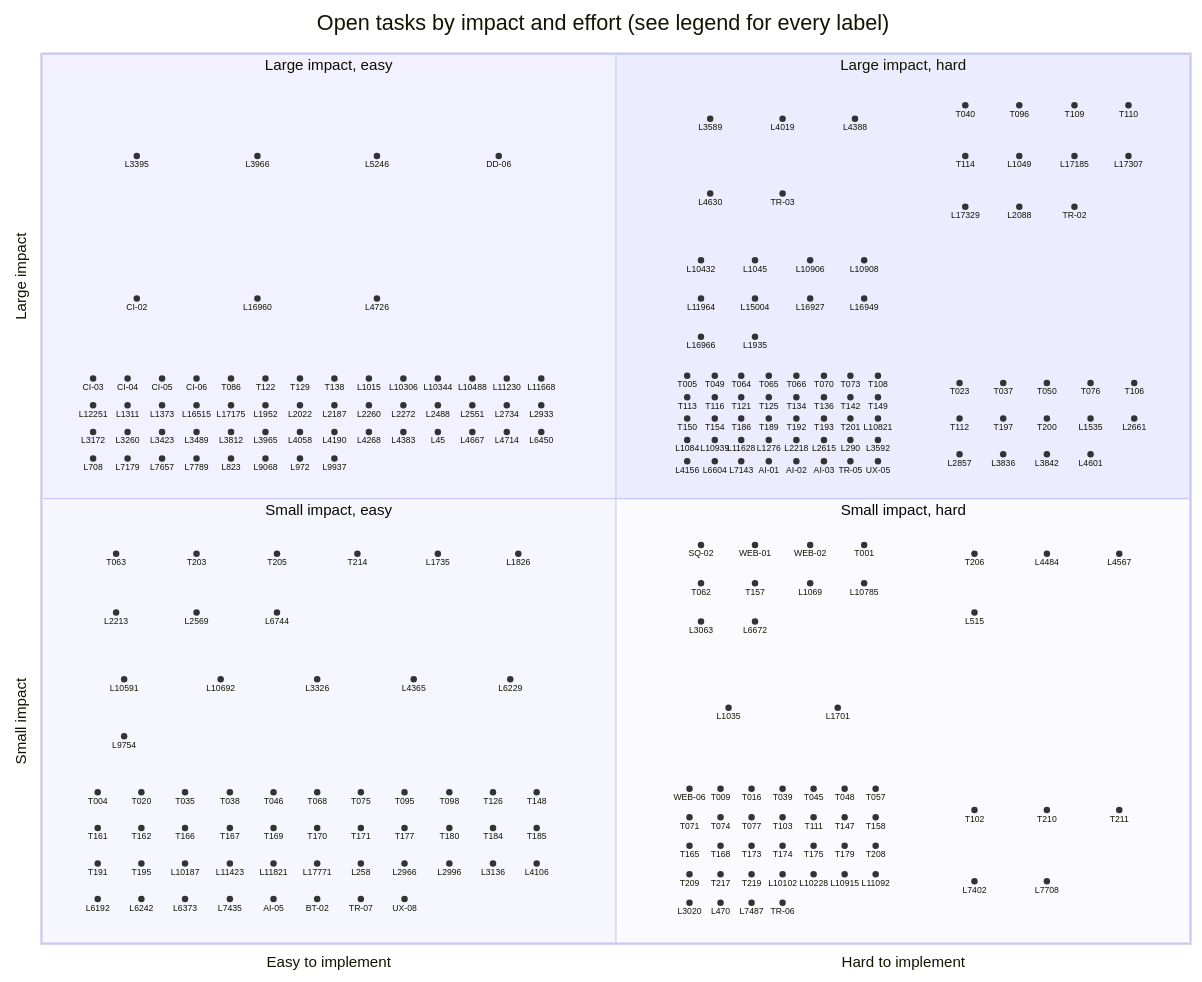
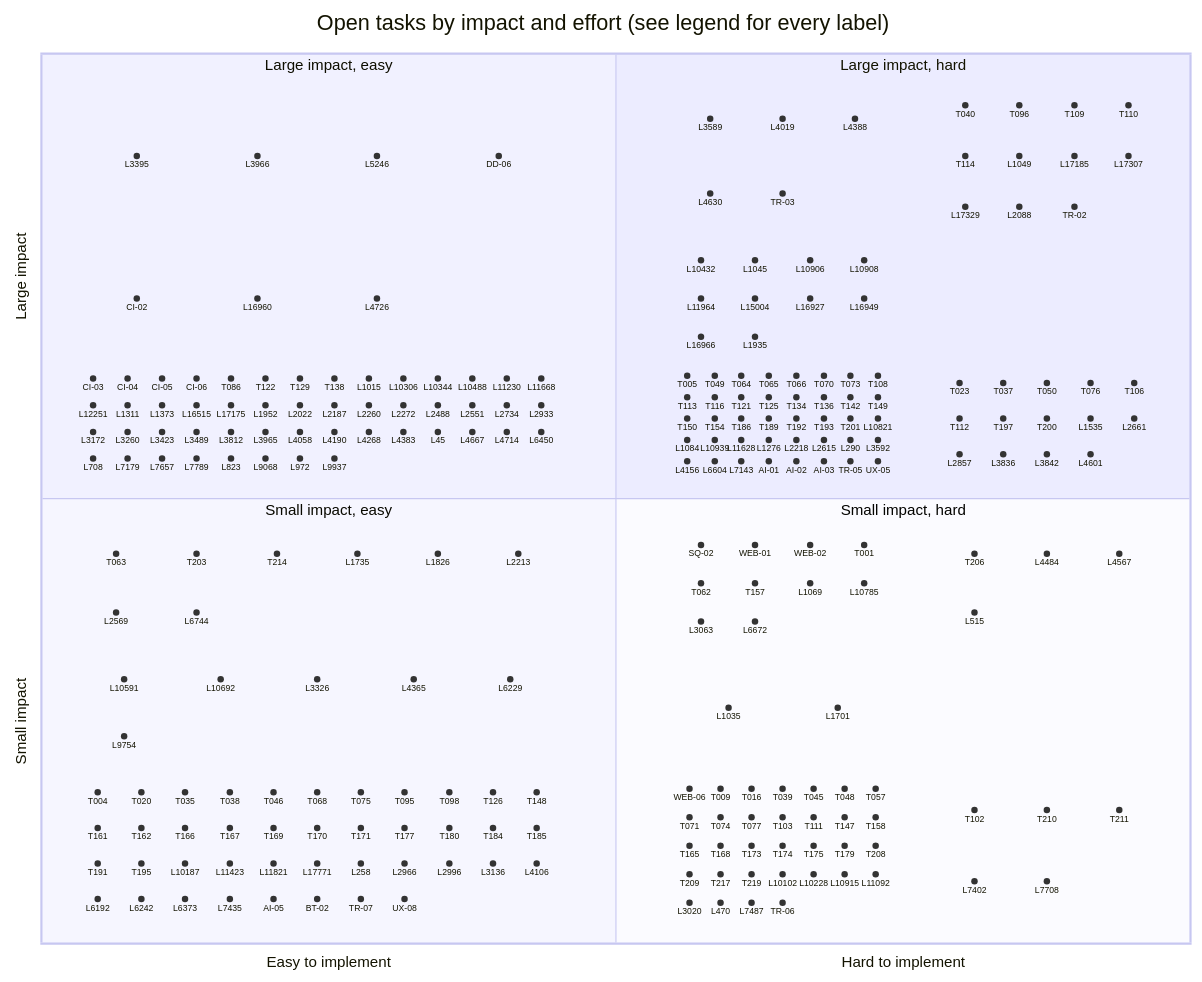
Before and after one commit to falkcorp/audiobook-organizer: the diagram in docs/agent-tasks/todo-completion-2026-09/QUADRANT.md, drawn with Mermaid. The commit also changed other lines of this file and 2 other files, not shown here.

Commit message:
docs(burndown): record TASK-205 (#3247) in the done ledger and regenerate the matrix and quadrant [skip changelog]
Claude-Session: https://claude.ai/code/session_01AYLcqMcDNGR5Y93QptSg2g

```diff
--- a/docs/agent-tasks/todo-completion-2026-09/QUADRANT.md
+++ b/docs/agent-tasks/todo-completion-2026-09/QUADRANT.md
@@ -179,13 +179,12 @@
     WEB-02: [0.669, 0.448]
     T063: [0.065, 0.438]
     T203: [0.135, 0.438]
-    T205: [0.205, 0.438]
-    T214: [0.275, 0.438]
-    L1735: [0.345, 0.438]
-    L1826: [0.415, 0.438]
-    L2213: [0.065, 0.372]
-    L2569: [0.135, 0.372]
-    L6744: [0.205, 0.372]
+    T214: [0.205, 0.438]
+    L1735: [0.275, 0.438]
+    L1826: [0.345, 0.438]
+    L2213: [0.415, 0.438]
+    L2569: [0.065, 0.372]
+    L6744: [0.135, 0.372]
     T001: [0.716, 0.448]
     T062: [0.574, 0.405]
     T157: [0.621, 0.405]
```
